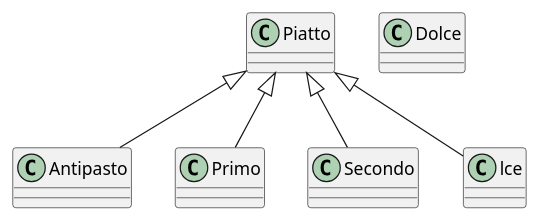
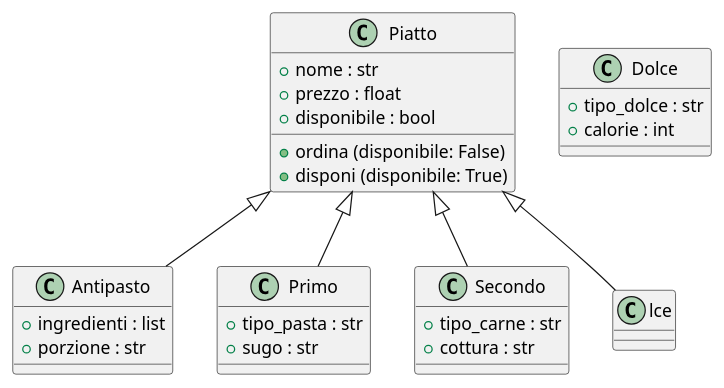
The diagram in pezzolesi_es_8.puml (LorenzoPezzolesi/esercizi_python_4M), drawn with PlantUML before and after one commit. The commit also changed 1 other file, not shown here.

```diff
--- a/pezzolesi_es_8.puml
+++ b/pezzolesi_es_8.puml
@@ -1,26 +1,34 @@
 @startuml es 8
 
 class Piatto{
-
+    + nome : str
+    + prezzo : float
+    + disponibile : bool
+    + ordina (disponibile: False)
+    + disponi (disponibile: True)
 }
 
 class Antipasto{
-
+    + ingredienti : list
+    + porzione : str
 }
 
 class Primo{
-    
+    + tipo_pasta : str
+    + sugo : str
 }
 
 class Secondo{
-    
+    + tipo_carne : str
+    + cottura : str
 }
 
 class Dolce{
-    
+    + tipo_dolce : str
+    + calorie : int
 }
 Piatto<|--Antipasto
 Piatto<|--Primo
 Piatto<|--Secondo
 Piatto<|--Dolce
 @enduml
```
